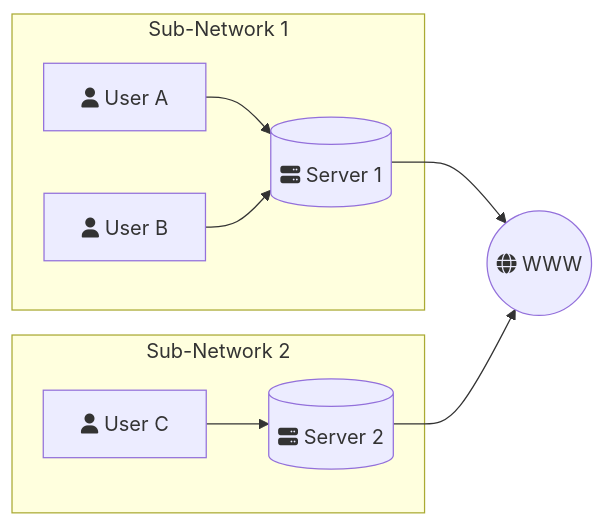
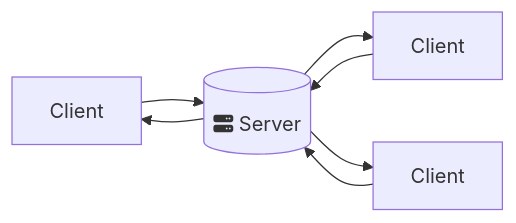
Before and after one commit to Trantorian1/notes-rust-blockchain: the first of 3 diagrams in src/p2p.md, drawn with Mermaid. The commit also changed other lines of this file, not shown here.

````diff
--- a/src/p2p.md
+++ b/src/p2p.md
@@ -21,16 +9,15 @@
 ```mermaid
 flowchart LR
-    subgraph "Sub-Network 1"
-        User1[fa:fa-user User A] --> Server1
-        User2[fa:fa-user User B] --> Server1
-    end
+    C1[Client]
+    C2[Client]
+    C3[Client]
+    S[(fa:fa-server Server)]
 
-    subgraph "Sub-Network 2"
-        User3[fa:fa-user User C] --> Server2
-    end
-  
-    Server1[(fa:fa-server Server 1)] --> WWW
-    Server2[(fa:fa-server Server 2)] --> WWW
+    C1 --> S
+    C2 --> S
+    C3 --> S
 
-    WWW((fa:fa-globe WWW))
+    S --> C1
+    S --> C2
+    S --> C3
 ```
````
